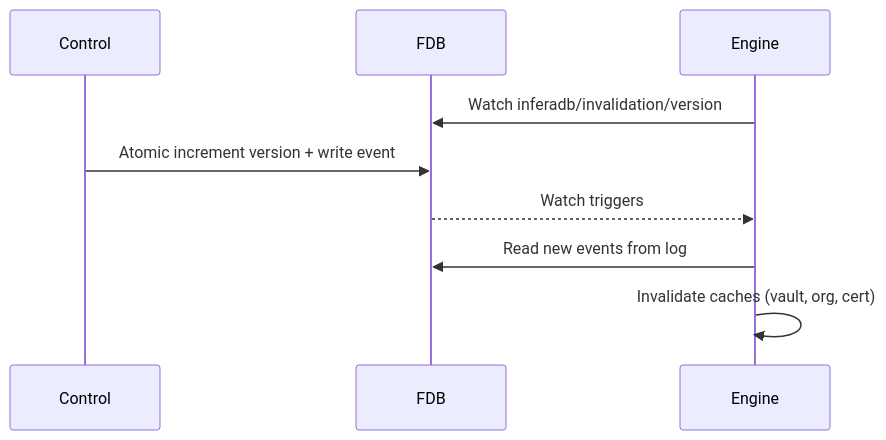
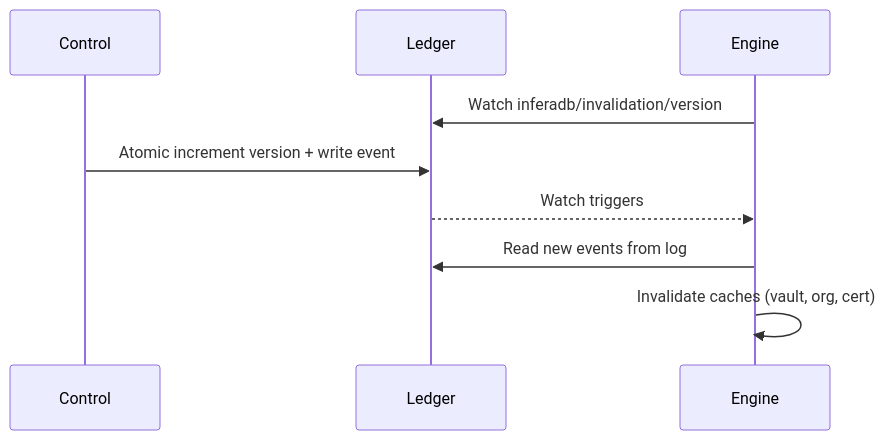
Before and after one commit to inferadb/engine: the seventh of 7 diagrams in docs/architecture/distributed.md, drawn with Mermaid. The commit also changed other lines of this file and 85 other files, not shown here.

Commit message:
improve: fdb → ledger

````diff
--- a/docs/architecture/distributed.md
+++ b/docs/architecture/distributed.md
@@ -473,12 +473,12 @@
 ```mermaid
 sequenceDiagram
     participant Control
-    participant FDB
+    participant Ledger
     participant Engine
 
-    Engine->>FDB: Watch inferadb/invalidation/version
-    Control->>FDB: Atomic increment version + write event
-    FDB-->>Engine: Watch triggers
-    Engine->>FDB: Read new events from log
+    Engine->>Ledger: Watch inferadb/invalidation/version
+    Control->>Ledger: Atomic increment version + write event
+    Ledger-->>Engine: Watch triggers
+    Engine->>Ledger: Read new events from log
     Engine->>Engine: Invalidate caches (vault, org, cert)
 ```
````
